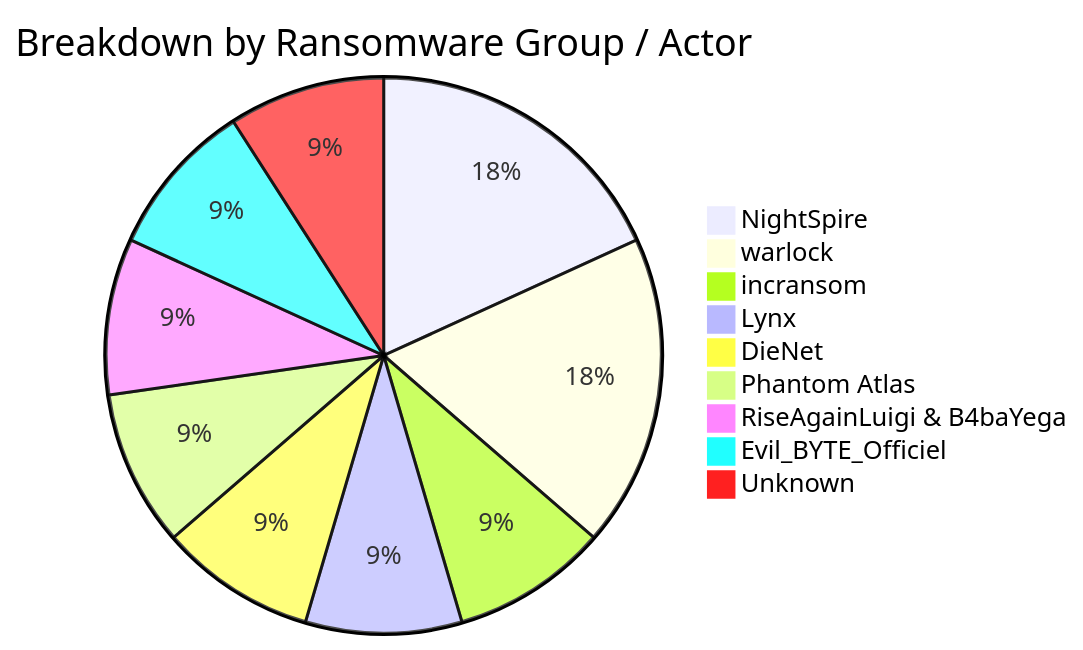
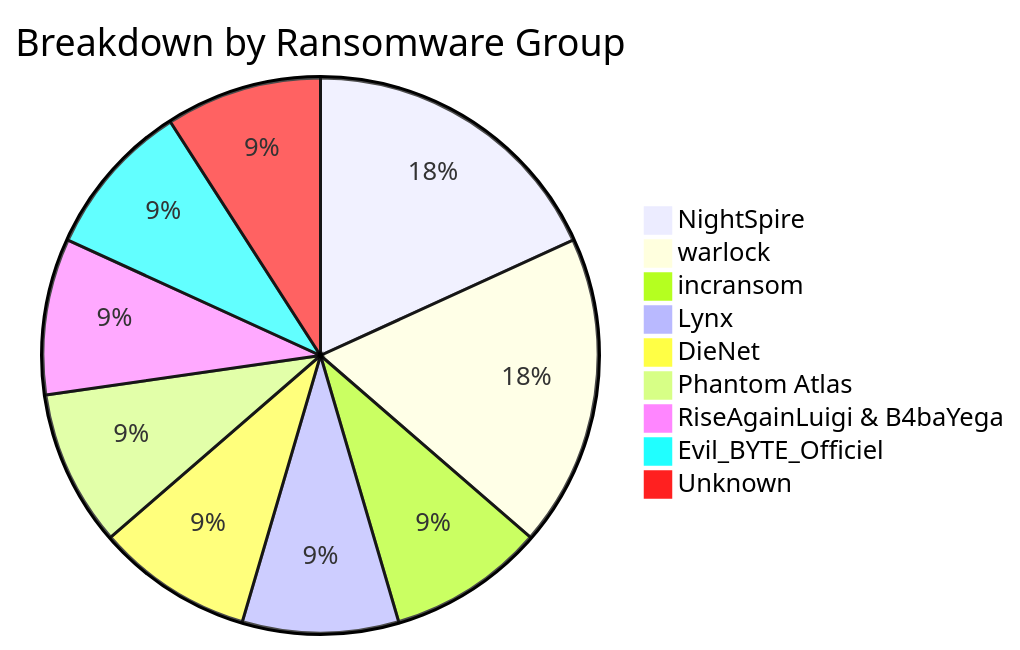
One commit to Hatchepsoute/AFRINTEL changed the first of 5 diagrams in reports/2025/06-june/README.md. Above: the diagram before and after it, drawn with Mermaid. The commit also changed other lines of this file and 1 other file, not shown here.

````diff
--- a/reports/2025/06-june/README.md
+++ b/reports/2025/06-june/README.md
@@ -35,12 +35,12 @@
 ```mermaid
-pie title Breakdown by Ransomware Group / Actor
+pie title Breakdown by Ransomware Group
     "NightSpire" : 2
     "warlock" : 2
     "incransom" : 1
     "Lynx" : 1
     "DieNet" : 1
     "Phantom Atlas" : 1
     "RiseAgainLuigi & B4baYega" : 1
     "Evil_BYTE_Officiel" : 1
     "Unknown" : 1
 ```
````
